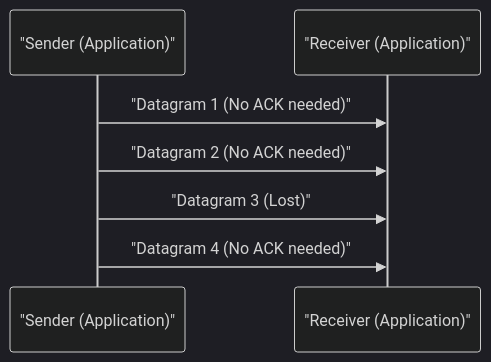
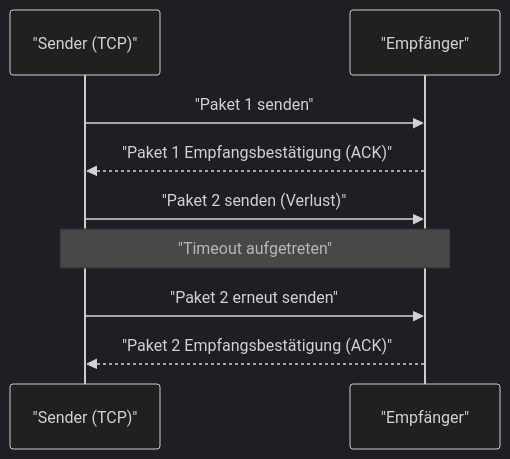
One commit to kenjinote/blog changed the diagram in content/post/history-of-udp/index.de.md. Above: the diagram before and after it, drawn with Mermaid (dark theme). The commit also changed other lines of this file and 67 other files, not shown here.

````diff
--- a/content/post/history-of-udp/index.de.md
+++ b/content/post/history-of-udp/index.de.md
@@ -22,9 +35,11 @@
 ```mermaid
 sequenceDiagram
-    participant "S" as "Sender (Application)"
-    participant "R" as "Receiver (Application)"
-    "S"->>"R": "Datagram 1 (No ACK needed)"
-    "S"->>"R": "Datagram 2 (No ACK needed)"
-    "S"->>"R": "Datagram 3 (Lost)"
-    "S"->>"R": "Datagram 4 (No ACK needed)"
+    participant Sender as "Sender (TCP)"
+    participant Receiver as "Empfänger"
+    Sender->>Receiver: "Paket 1 senden"
+    Receiver-->>Sender: "Paket 1 Empfangsbestätigung (ACK)"
+    Sender->>Receiver: "Paket 2 senden (Verlust)"
+    Note over Sender,Receiver: "Timeout aufgetreten"
+    Sender->>Receiver: "Paket 2 erneut senden"
+    Receiver-->>Sender: "Paket 2 Empfangsbestätigung (ACK)"
 ```
````
